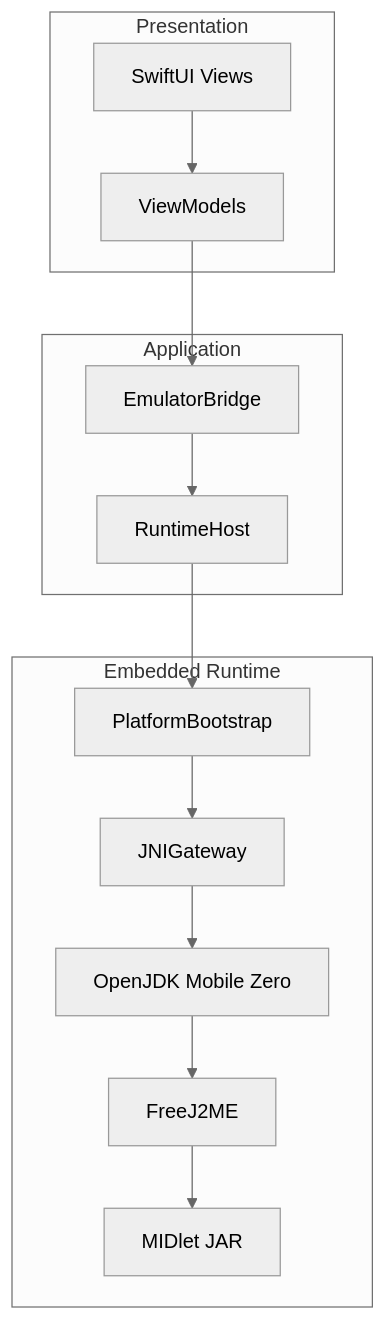
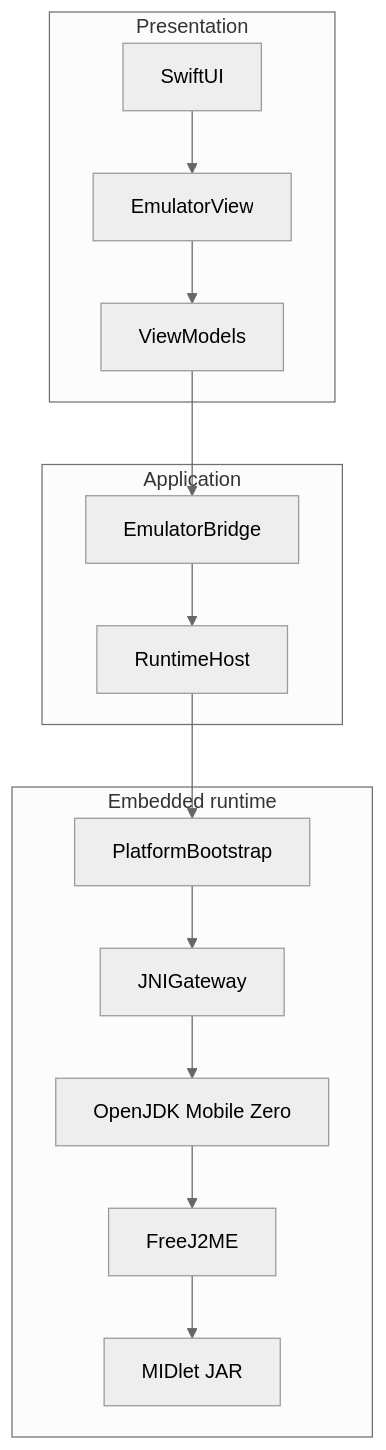
One commit to flakito-loko/CoreJ2 changed the first of 2 diagrams in docs/architecture.md. Above: the diagram before and after it, drawn with Mermaid (neutral theme). The commit also changed other lines of this file and 33 other files, not shown here.

````diff
--- a/docs/architecture.md
+++ b/docs/architecture.md
@@ -25,19 +27,20 @@
 ```mermaid
 flowchart TB
-  subgraph ui [Presentation]
-    SwiftUI[SwiftUI Views]
+  subgraph presentation [Presentation]
+    UI[SwiftUI]
+    EV[EmulatorView]
     VM[ViewModels]
   end
-  subgraph app [Application]
+  subgraph application [Application]
     Bridge[EmulatorBridge]
     Host[RuntimeHost]
   end
-  subgraph runtime [Embedded Runtime]
+  subgraph runtime [Embedded runtime]
     PB[PlatformBootstrap]
     JNI[JNIGateway]
     JVM[OpenJDK Mobile Zero]
     FJ[FreeJ2ME]
     Mid[MIDlet JAR]
   end
-  SwiftUI --> VM --> Bridge --> Host --> PB --> JNI --> JVM --> FJ --> Mid
+  UI --> EV --> VM --> Bridge --> Host --> PB --> JNI --> JVM --> FJ --> Mid
 ```
````
